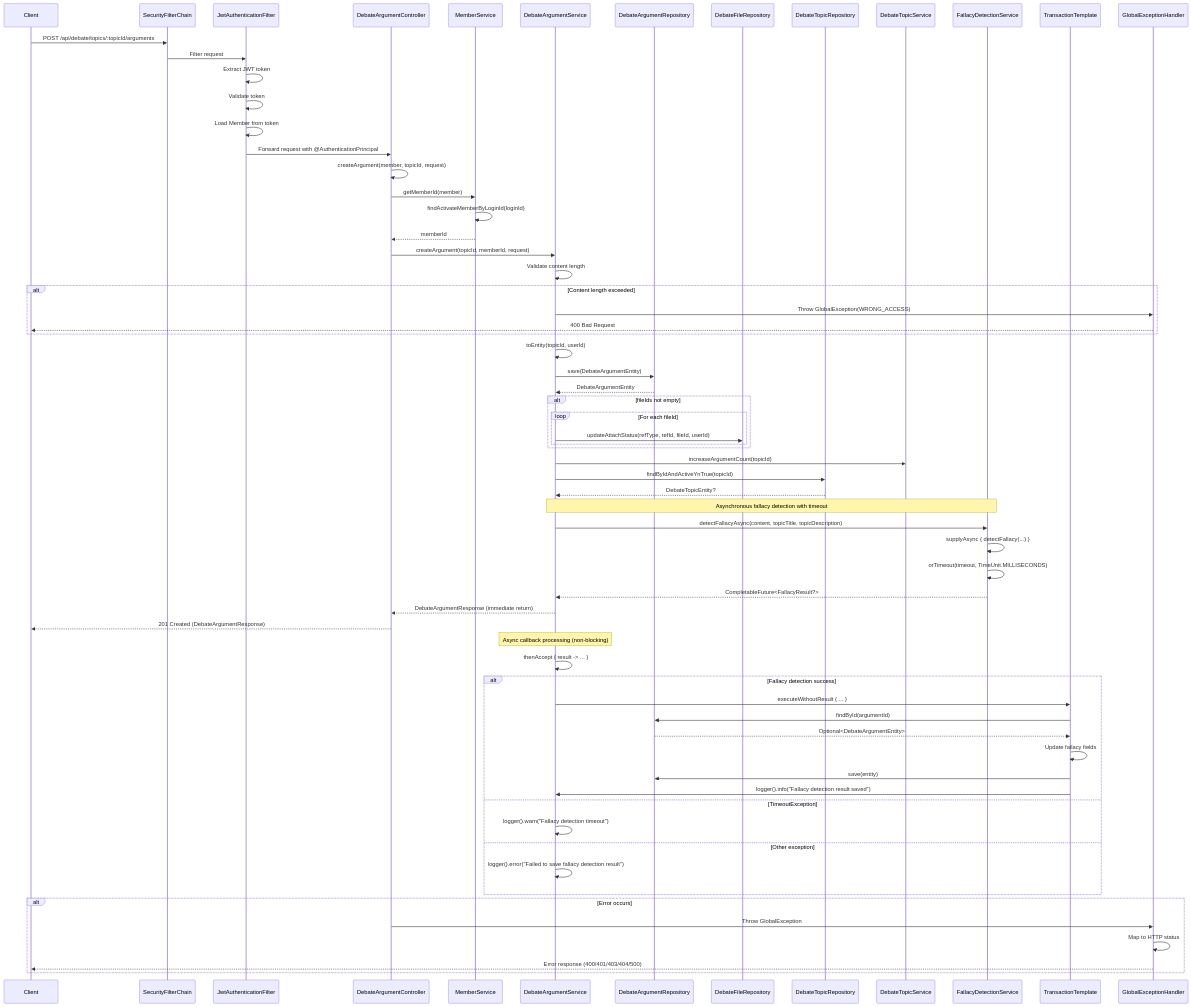
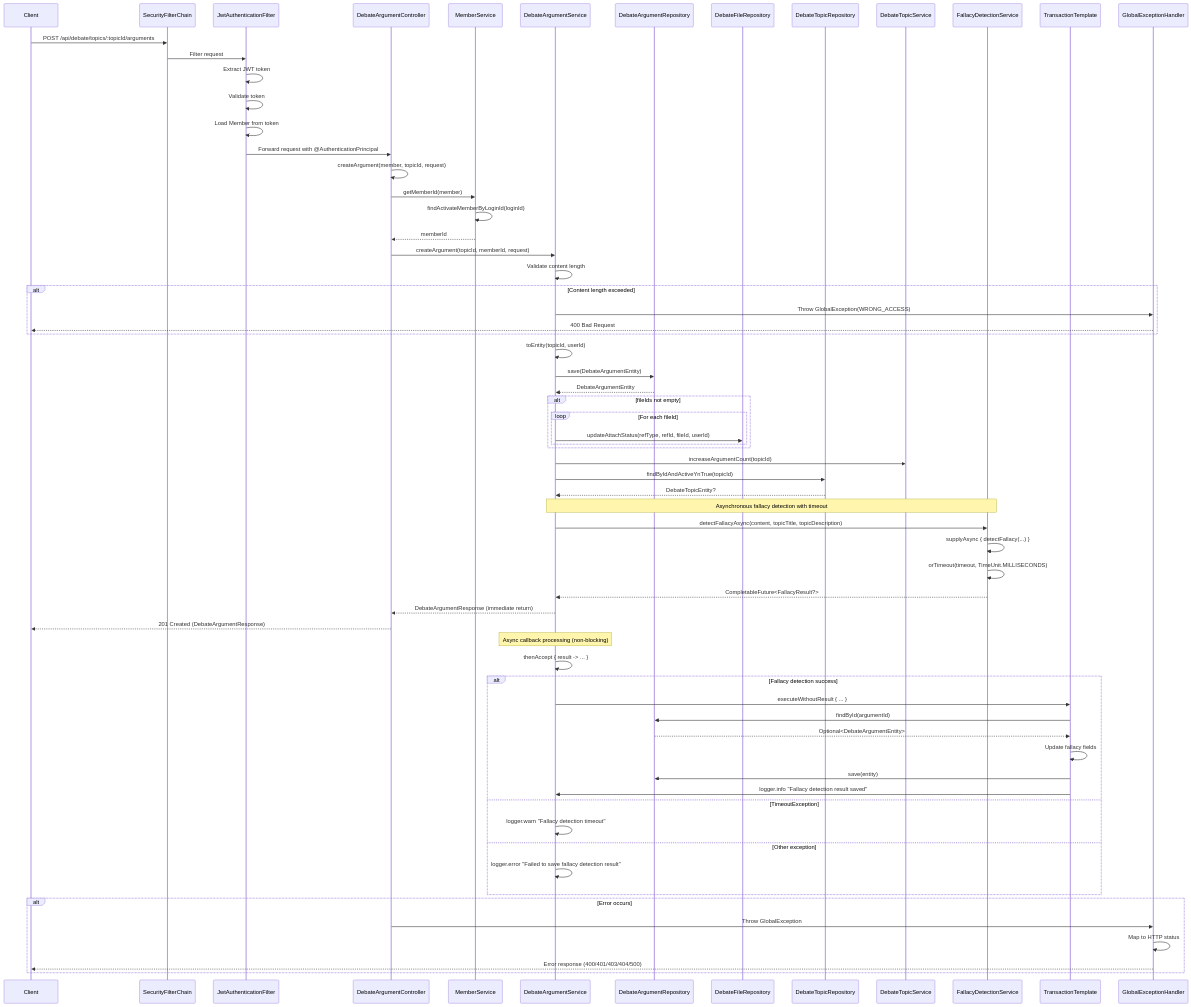
One commit to RKS-t/JungleBook changed the diagram in doc/debate/DebateArgumentController/createArgument-sequence.md. Above: the diagram before and after it, drawn with Mermaid.

Commit message:
fix: remove parentheses from sequence diagram logger calls and clarify validation rules
- Remove parentheses from logger calls in sequence diagram for consistency
- Clarify that parentheses are only problematic in flowchart node labels, not sequence diagram message labels
- Add examples to validation guidelines

````diff
--- a/doc/debate/DebateArgumentController/createArgument-sequence.md
+++ b/doc/debate/DebateArgumentController/createArgument-sequence.md
@@ -3,78 +3,78 @@
 ```mermaid
 sequenceDiagram
     participant Client
     participant SecurityFilterChain
     participant JwtAuthenticationFilter
     participant DebateArgumentController
     participant MemberService
     participant DebateArgumentService
     participant DebateArgumentRepository
     participant DebateFileRepository
     participant DebateTopicRepository
     participant DebateTopicService
     participant FallacyDetectionService
     participant TransactionTemplate
     participant GlobalExceptionHandler
     
     Client->>SecurityFilterChain: POST /api/debate/topics/:topicId/arguments
     SecurityFilterChain->>JwtAuthenticationFilter: Filter request
     JwtAuthenticationFilter->>JwtAuthenticationFilter: Extract JWT token
     JwtAuthenticationFilter->>JwtAuthenticationFilter: Validate token
     JwtAuthenticationFilter->>JwtAuthenticationFilter: Load Member from token
     JwtAuthenticationFilter->>DebateArgumentController: Forward request with @AuthenticationPrincipal
     
     DebateArgumentController->>DebateArgumentController: createArgument(member, topicId, request)
     DebateArgumentController->>MemberService: getMemberId(member)
     MemberService->>MemberService: findActivateMemberByLoginId(loginId)
     MemberService-->>DebateArgumentController: memberId
     
     DebateArgumentController->>DebateArgumentService: createArgument(topicId, memberId, request)
     DebateArgumentService->>DebateArgumentService: Validate content length
     alt Content length exceeded
         DebateArgumentService->>GlobalExceptionHandler: Throw GlobalException(WRONG_ACCESS)
         GlobalExceptionHandler-->>Client: 400 Bad Request
     end
     DebateArgumentService->>DebateArgumentService: toEntity(topicId, userId)
     DebateArgumentService->>DebateArgumentRepository: save(DebateArgumentEntity)
     DebateArgumentRepository-->>DebateArgumentService: DebateArgumentEntity
     
     alt fileIds not empty
         loop For each fileId
             DebateArgumentService->>DebateFileRepository: updateAttachStatus(refType, refId, fileId, userId)
         end
     end
     
     DebateArgumentService->>DebateTopicService: increaseArgumentCount(topicId)
     DebateArgumentService->>DebateTopicRepository: findByIdAndActiveYnTrue(topicId)
     DebateTopicRepository-->>DebateArgumentService: DebateTopicEntity?
     
     Note over DebateArgumentService,FallacyDetectionService: Asynchronous fallacy detection with timeout
     DebateArgumentService->>FallacyDetectionService: detectFallacyAsync(content, topicTitle, topicDescription)
     FallacyDetectionService->>FallacyDetectionService: supplyAsync { detectFallacy(...) }
     FallacyDetectionService->>FallacyDetectionService: orTimeout(timeout, TimeUnit.MILLISECONDS)
     FallacyDetectionService-->>DebateArgumentService: CompletableFuture<FallacyResult?>
     
     DebateArgumentService-->>DebateArgumentController: DebateArgumentResponse (immediate return)
     DebateArgumentController-->>Client: 201 Created (DebateArgumentResponse)
     
     Note over DebateArgumentService: Async callback processing (non-blocking)
     DebateArgumentService->>DebateArgumentService: thenAccept { result -> ... }
     alt Fallacy detection success
         DebateArgumentService->>TransactionTemplate: executeWithoutResult { ... }
         TransactionTemplate->>DebateArgumentRepository: findById(argumentId)
         DebateArgumentRepository-->>TransactionTemplate: Optional<DebateArgumentEntity>
         TransactionTemplate->>TransactionTemplate: Update fallacy fields
         TransactionTemplate->>DebateArgumentRepository: save(entity)
-        TransactionTemplate->>DebateArgumentService: logger().info("Fallacy detection result saved")
+        TransactionTemplate->>DebateArgumentService: logger.info "Fallacy detection result saved"
     else TimeoutException
-        DebateArgumentService->>DebateArgumentService: logger().warn("Fallacy detection timeout")
+        DebateArgumentService->>DebateArgumentService: logger.warn "Fallacy detection timeout"
     else Other exception
-        DebateArgumentService->>DebateArgumentService: logger().error("Failed to save fallacy detection result")
+        DebateArgumentService->>DebateArgumentService: logger.error "Failed to save fallacy detection result"
     end
     
     alt Error occurs
         DebateArgumentController->>GlobalExceptionHandler: Throw GlobalException
         GlobalExceptionHandler->>GlobalExceptionHandler: Map to HTTP status
         GlobalExceptionHandler-->>Client: Error response (400/401/403/404/500)
     end
 ```
````
